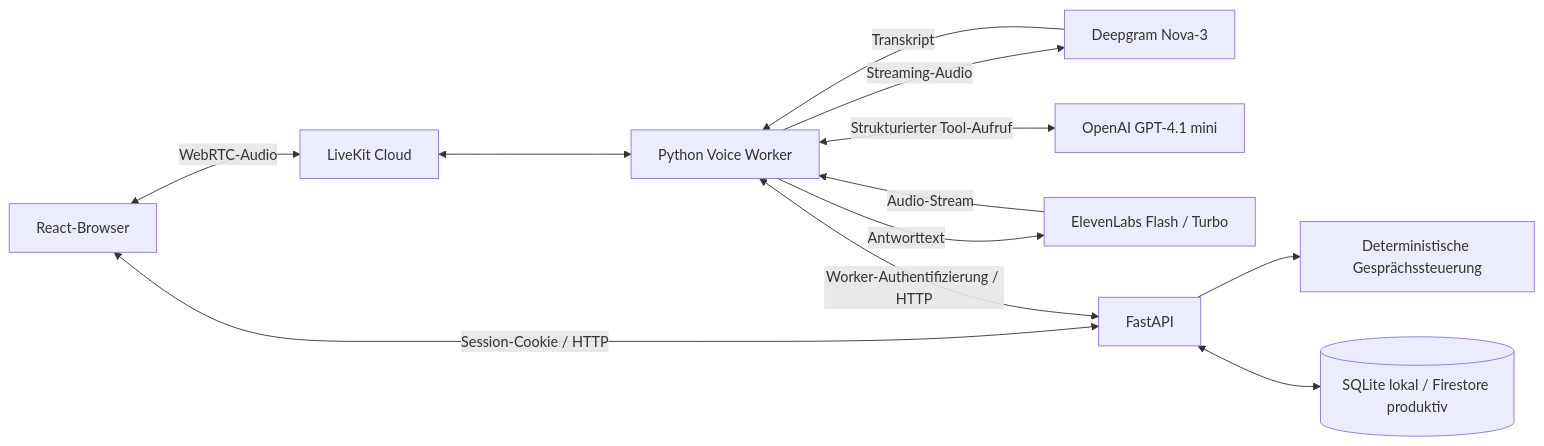
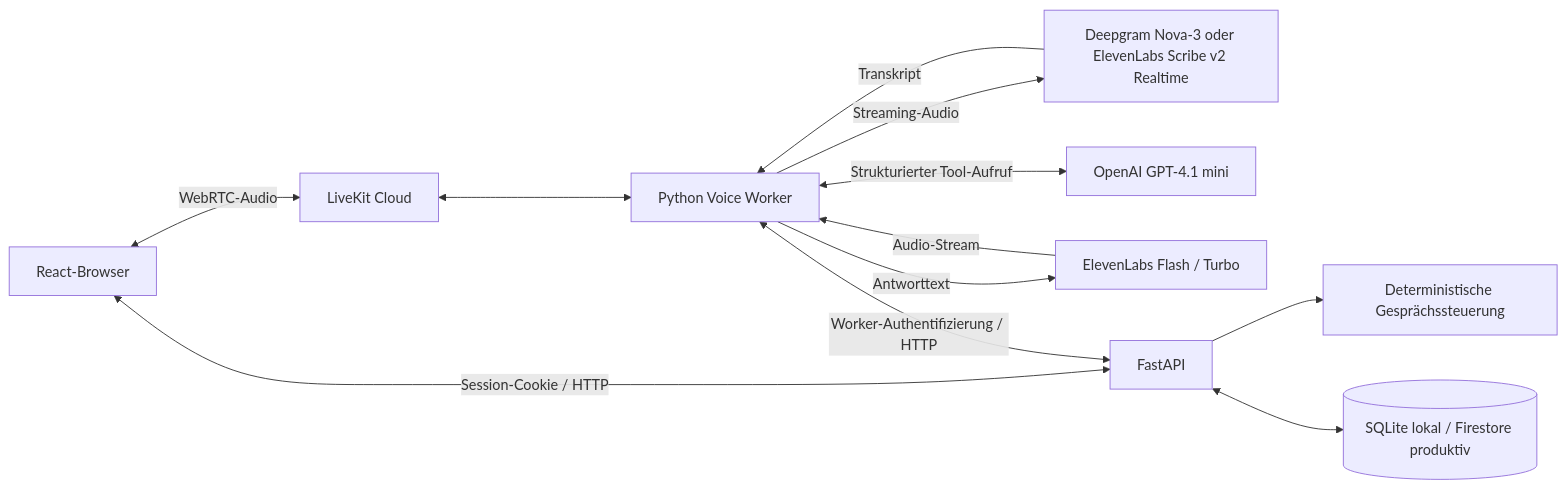
The first of 2 diagrams in docs/TECHNICAL_GUIDE.md (rgraefe/voice_agent), drawn with Mermaid before and after one commit. The commit also changed other lines of this file and 43 other files, not shown here.

````diff
--- a/docs/TECHNICAL_GUIDE.md
+++ b/docs/TECHNICAL_GUIDE.md
@@ -7,14 +7,14 @@
 ```mermaid
 flowchart LR
     Browser[React-Browser] <-->|WebRTC-Audio| LK[LiveKit Cloud]
     LK <--> Worker[Python Voice Worker]
-    Worker -->|Streaming-Audio| STT[Deepgram Nova-3]
+    Worker -->|Streaming-Audio| STT[Deepgram Nova-3 oder ElevenLabs Scribe v2 Realtime]
     STT -->|Transkript| Worker
     Worker <-->|Strukturierter Tool-Aufruf| LLM[OpenAI GPT-4.1 mini]
     Worker -->|Antworttext| TTS[ElevenLabs Flash / Turbo]
     TTS -->|Audio-Stream| Worker
     Browser <-->|Session-Cookie / HTTP| API[FastAPI]
     Worker <-->|Worker-Authentifizierung / HTTP| API
     API --> Planner[Deterministische Gesprächssteuerung]
     API <--> DB[(SQLite lokal / Firestore produktiv)]
 ```
````
